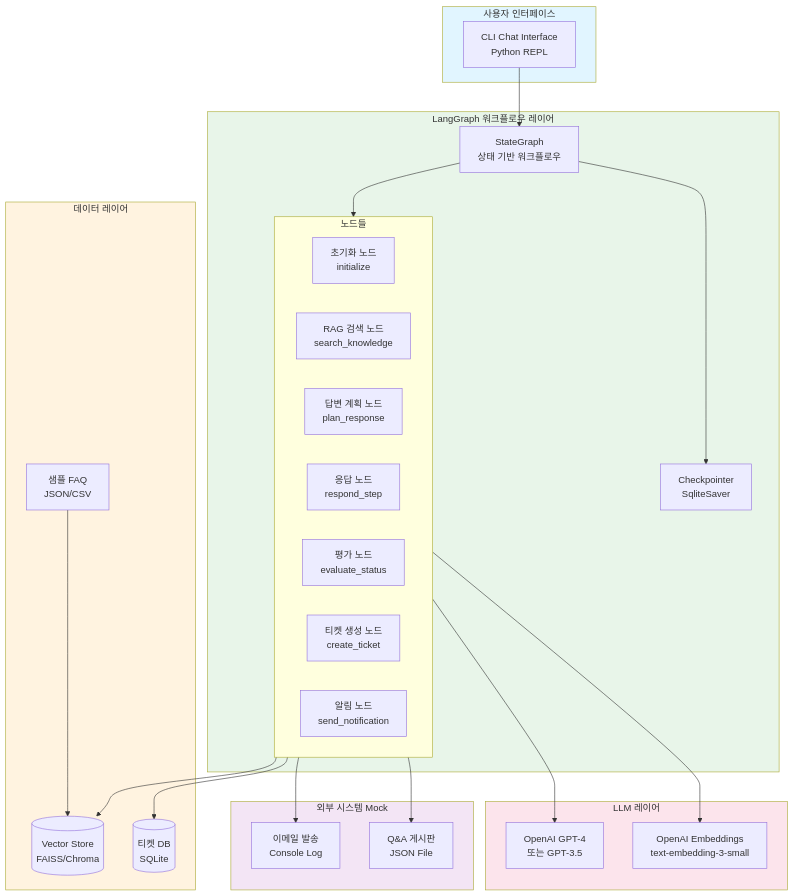
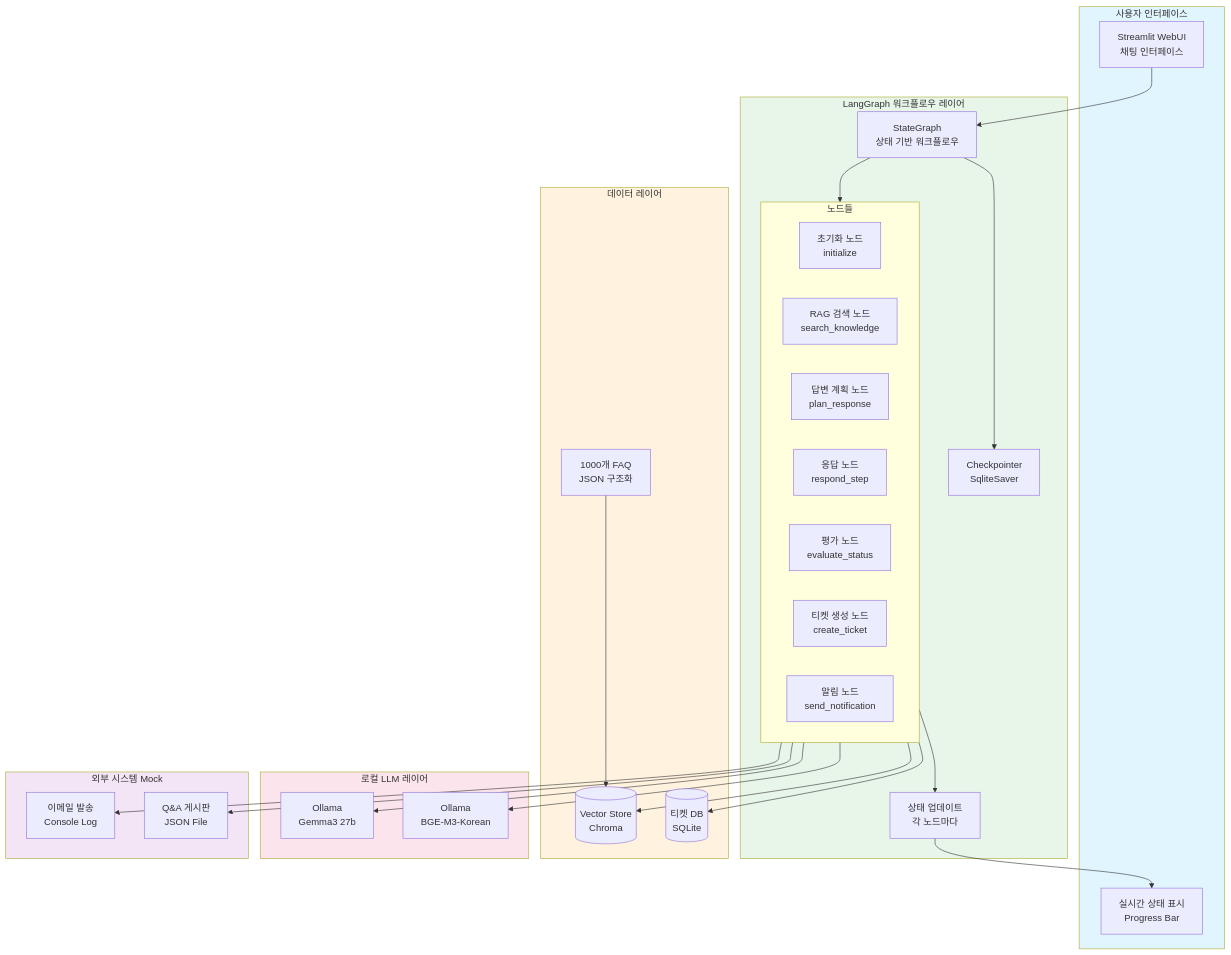
The first of 2 diagrams in customer-support-chatbot-langgraph-design.md (laurus-kpa007/agent-customer-support-chatbot), drawn with Mermaid before and after one commit. The commit also changed other lines of this file and 2 other files, not shown here.

First line of the commit message:
Update design to use Ollama and Streamlit WebUI

````diff
--- a/customer-support-chatbot-langgraph-design.md
+++ b/customer-support-chatbot-langgraph-design.md
@@ -62,57 +66,61 @@
 ```mermaid
 graph TB
     subgraph UserInterface["사용자 인터페이스"]
-        CLI[CLI Chat Interface<br/>Python REPL]
+        WebUI[Streamlit WebUI<br/>채팅 인터페이스]
+        StatusDisplay[실시간 상태 표시<br/>Progress Bar]
     end
 
     subgraph LangGraphLayer["LangGraph 워크플로우 레이어"]
         StateGraph[StateGraph<br/>상태 기반 워크플로우]
 
         subgraph Nodes["노드들"]
             InitNode[초기화 노드<br/>initialize]
             RAGNode[RAG 검색 노드<br/>search_knowledge]
             PlanNode[답변 계획 노드<br/>plan_response]
             RespondNode[응답 노드<br/>respond_step]
             EvalNode[평가 노드<br/>evaluate_status]
             TicketNode[티켓 생성 노드<br/>create_ticket]
             NotifyNode[알림 노드<br/>send_notification]
         end
 
         Memory[Checkpointer<br/>SqliteSaver]
+        StatusUpdater[상태 업데이트<br/>각 노드마다]
     end
 
     subgraph DataLayer["데이터 레이어"]
-        VectorDB[(Vector Store<br/>FAISS/Chroma)]
+        VectorDB[(Vector Store<br/>Chroma)]
         TicketDB[(티켓 DB<br/>SQLite)]
-        SampleData[샘플 FAQ<br/>JSON/CSV]
+        SampleData[1000개 FAQ<br/>JSON 구조화]
     end
 
-    subgraph LLMLayer["LLM 레이어"]
-        LLM[OpenAI GPT-4<br/>또는 GPT-3.5]
-        Embeddings[OpenAI Embeddings<br/>text-embedding-3-small]
+    subgraph LLMLayer["로컬 LLM 레이어"]
+        LLM[Ollama<br/>Gemma3 27b]
+        Embeddings[Ollama<br/>BGE-M3-Korean]
     end
 
     subgraph ExternalMock["외부 시스템 Mock"]
         EmailMock[이메일 발송<br/>Console Log]
         QABoardMock[Q&A 게시판<br/>JSON File]
     end
 
-    CLI --> StateGraph
+    WebUI --> StateGraph
     StateGraph --> Nodes
     StateGraph --> Memory
+    Nodes --> StatusUpdater
+    StatusUpdater --> StatusDisplay
 
     Nodes --> LLM
     Nodes --> Embeddings
     Nodes --> VectorDB
     Nodes --> TicketDB
     Nodes --> EmailMock
     Nodes --> QABoardMock
 
     SampleData --> VectorDB
 
     style UserInterface fill:#e1f5ff
     style LangGraphLayer fill:#e8f5e9
     style DataLayer fill:#fff3e0
     style LLMLayer fill:#fce4ec
     style ExternalMock fill:#f3e5f5
 ```
````
